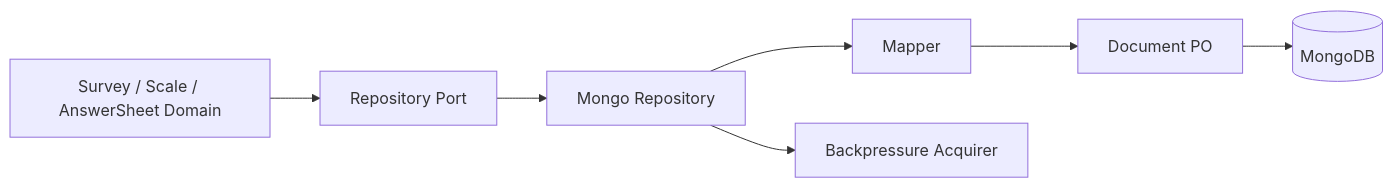
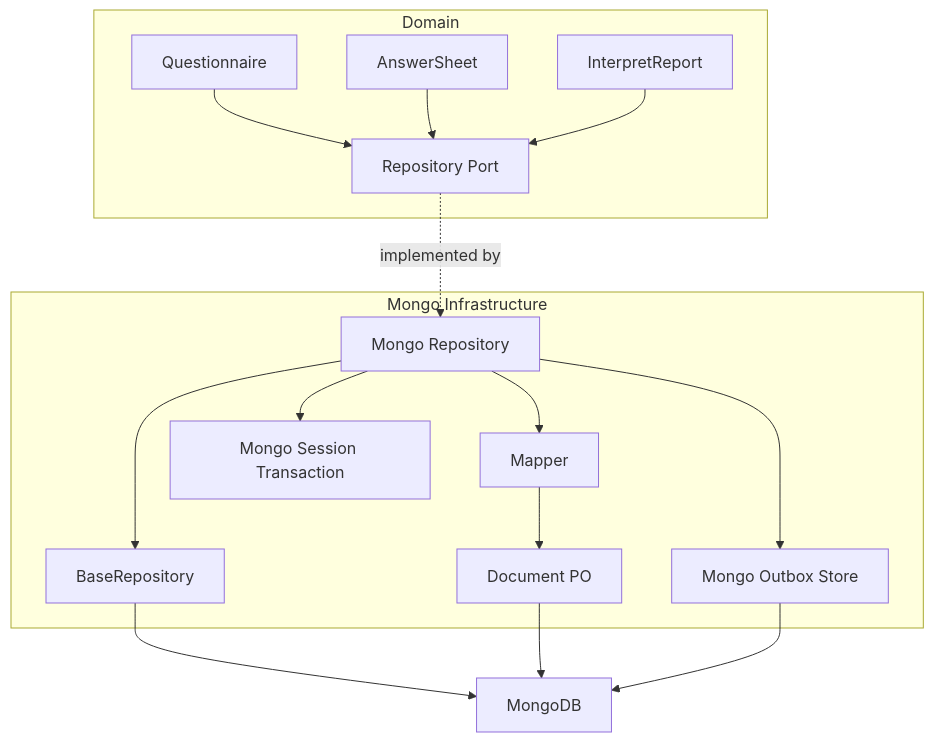
One commit to FangcunMount/qs-server changed the first of 2 diagrams in docs/03-基础设施/data-access/02-Mongo文档仓储.md. Above: the diagram before and after it, drawn with Mermaid. The commit also changed other lines of this file and 6 other files, not shown here.

````diff
--- a/docs/03-基础设施/data-access/02-Mongo文档仓储.md
+++ b/docs/03-基础设施/data-access/02-Mongo文档仓储.md
@@ -16,9 +53,33 @@
 ```mermaid
-flowchart LR
-    Domain["Survey / Scale / AnswerSheet Domain"] --> Port["Repository Port"]
-    Port --> Repo["Mongo Repository"]
-    Repo --> Mapper["Mapper"]
-    Mapper --> Doc["Document PO"]
-    Doc --> Mongo[("MongoDB")]
-    Repo --> BP["Backpressure Acquirer"]
+flowchart TB
+    subgraph Domain["Domain"]
+        q["Questionnaire"]
+        sheet["AnswerSheet"]
+        report["InterpretReport"]
+        repoPort["Repository Port"]
+    end
+
+    subgraph Infra["Mongo Infrastructure"]
+        repo["Mongo Repository"]
+        base["BaseRepository"]
+        mapper["Mapper"]
+        doc["Document PO"]
+        tx["Mongo Session Transaction"]
+        outbox["Mongo Outbox Store"]
+    end
+
+    mongo["MongoDB"]
+
+    q --> repoPort
+    sheet --> repoPort
+    report --> repoPort
+    repoPort -. implemented by .-> repo
+    repo --> mapper
+    mapper --> doc
+    repo --> base
+    repo --> tx
+    repo --> outbox
+    base --> mongo
+    doc --> mongo
+    outbox --> mongo
 ```
````
